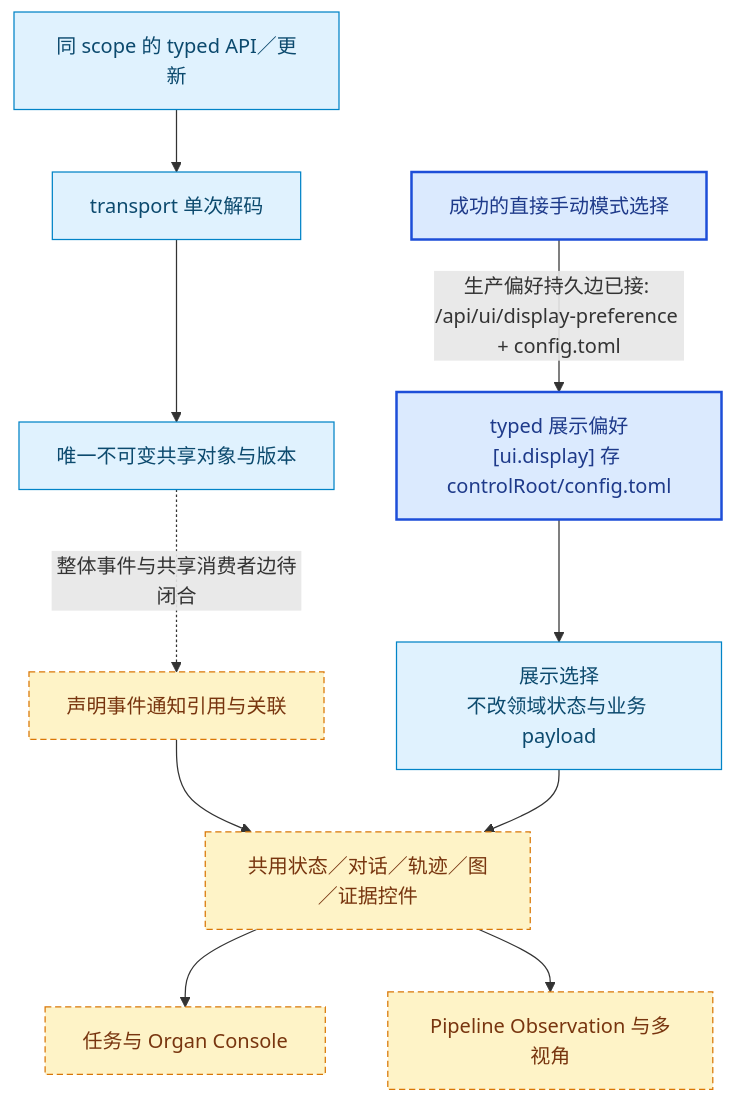
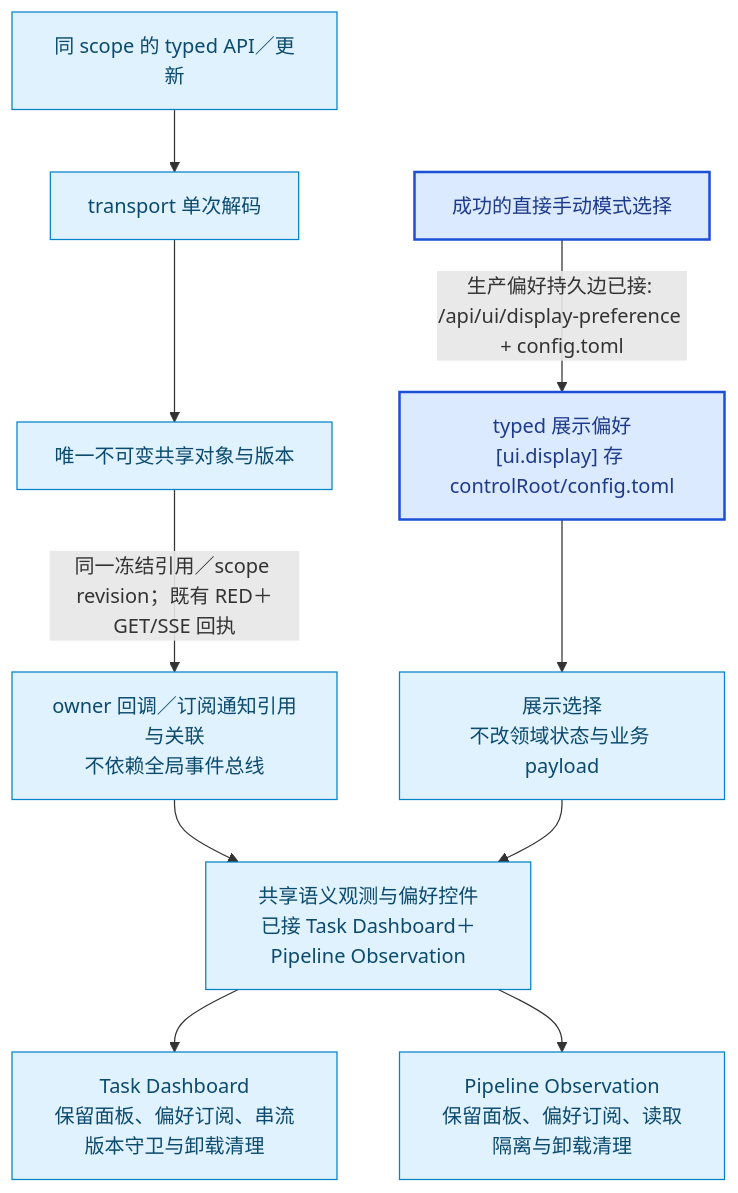
One commit to Jasonzhangf/HumanAgents changed the diagram in docs/dagpipe/ux-upgrade-audit-2026-10-11/12.mmd. Above: the diagram before and after it, drawn with Mermaid. The commit also changed 8 other files, not shown here.

```diff
--- a/docs/dagpipe/ux-upgrade-audit-2026-10-11/12.mmd
+++ b/docs/dagpipe/ux-upgrade-audit-2026-10-11/12.mmd
@@ -1,23 +1,23 @@
 flowchart TB
  I[同 scope 的 typed API／更新]:::derived
  T[transport 单次解码]:::derived
  R[唯一不可变共享对象与版本]:::derived
- E[声明事件通知引用与关联]:::design
- W[共用状态／对话／轨迹／图／证据控件]:::design
- A[任务与 Organ Console]:::design
- B[Pipeline Observation 与多视角]:::design
+ E[owner 回调／订阅通知引用与关联<br/>不依赖全局事件总线]:::derived
+ W[共享语义观测与偏好控件<br/>已接 Task Dashboard＋Pipeline Observation]:::derived
+ A[Task Dashboard<br/>保留面板、偏好订阅、串流版本守卫与卸载清理]:::derived
+ B[Pipeline Observation<br/>保留面板、偏好订阅、读取隔离与卸载清理]:::derived
  I --> T --> R
- R -.->|整体事件与共享消费者边待闭合| E --> W
+ R -->|同一冻结引用／scope revision；既有 RED＋GET/SSE 回执| E --> W
  W --> A
  W --> B
  M[成功的直接手动模式选择]:::truth
  P["typed 展示偏好<br/>[ui.display] 存 controlRoot/config.toml"]:::truth
  V[展示选择<br/>不改领域状态与业务 payload]:::derived
  M -->|生产偏好持久边已接: /api/ui/display-preference + config.toml| P --> V
  V --> W
 
 classDef truth fill:#dbeafe,stroke:#1d4ed8,color:#1e3a8a,stroke-width:2px;
 classDef derived fill:#e0f2fe,stroke:#0284c7,color:#0c4a6e;
 classDef design fill:#fef3c7,stroke:#d97706,color:#78350f,stroke-dasharray:5 3;
 classDef gap fill:#fee2e2,stroke:#dc2626,color:#7f1d1d,stroke-width:2px;
 classDef evidence fill:#f1f5f9,stroke:#64748b,color:#334155;
```
